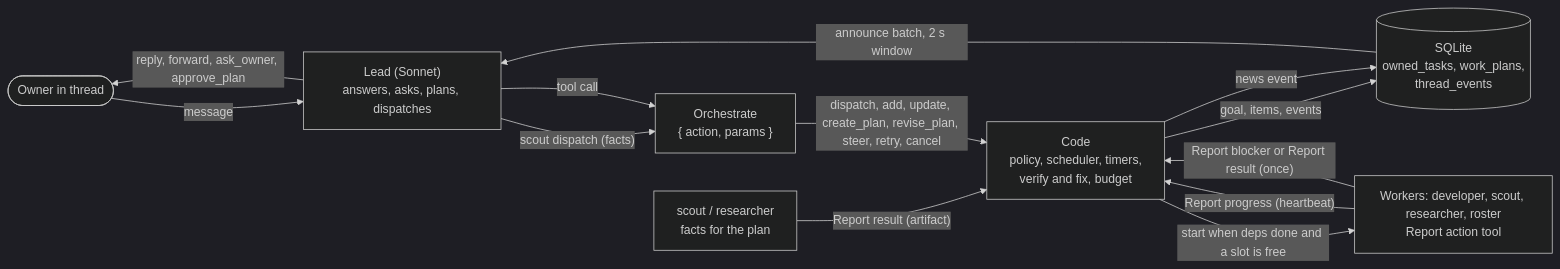
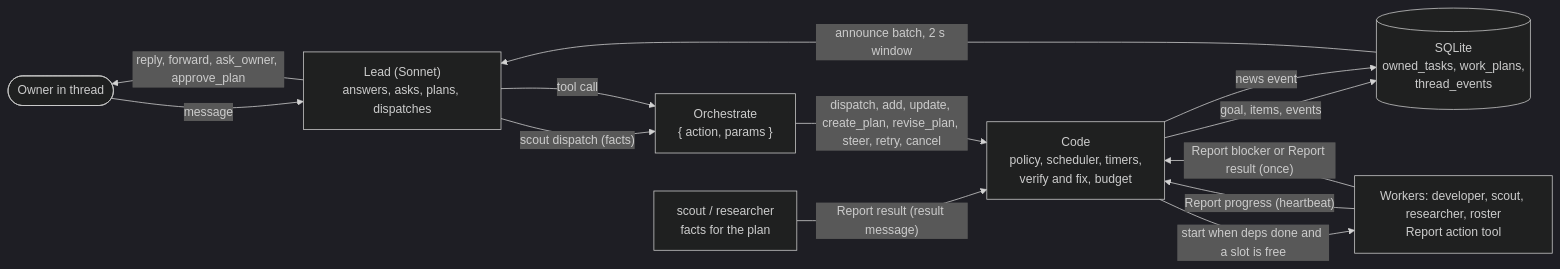
Before and after one commit to longlee218/slim-friday: the first of 6 diagrams in docs/lead-team-flow.md, drawn with Mermaid (dark theme). The commit also changed other lines of this file and 185 other files, not shown here.

````diff
--- a/docs/lead-team-flow.md
+++ b/docs/lead-team-flow.md
@@ -14,23 +14,23 @@
 ```mermaid
 flowchart LR
     Owner(["Owner in thread"])
     Lead["Lead (Sonnet)<br/>answers, asks, plans, dispatches"]
     Scout["scout / researcher<br/>facts for the plan"]
     Orch["Orchestrate<br/>{ action, params }"]
     Code["Code<br/>policy, scheduler, timers,<br/>verify and fix, budget"]
     DB[("SQLite<br/>owned_tasks, work_plans,<br/>thread_events")]
     Workers["Workers: developer, scout, researcher, roster<br/>Report action tool"]
 
     Owner -->|message| Lead
     Lead -->|"scout dispatch (facts)"| Orch
-    Scout -->|"Report result (artifact)"| Code
+    Scout -->|"Report result (result message)"| Code
     Lead -->|tool call| Orch
     Orch -->|"dispatch, add, update, create_plan, revise_plan, steer, retry, cancel"| Code
     Code -->|"goal, items, events"| DB
     Code -->|"start when deps done and a slot is free"| Workers
     Workers -->|"Report progress (heartbeat)"| Code
     Workers -->|"Report blocker or Report result (once)"| Code
     Code -->|"news event"| DB
     DB -->|"announce batch, 2 s window"| Lead
     Lead -->|"reply, forward, ask_owner, approve_plan"| Owner
 ```
````
